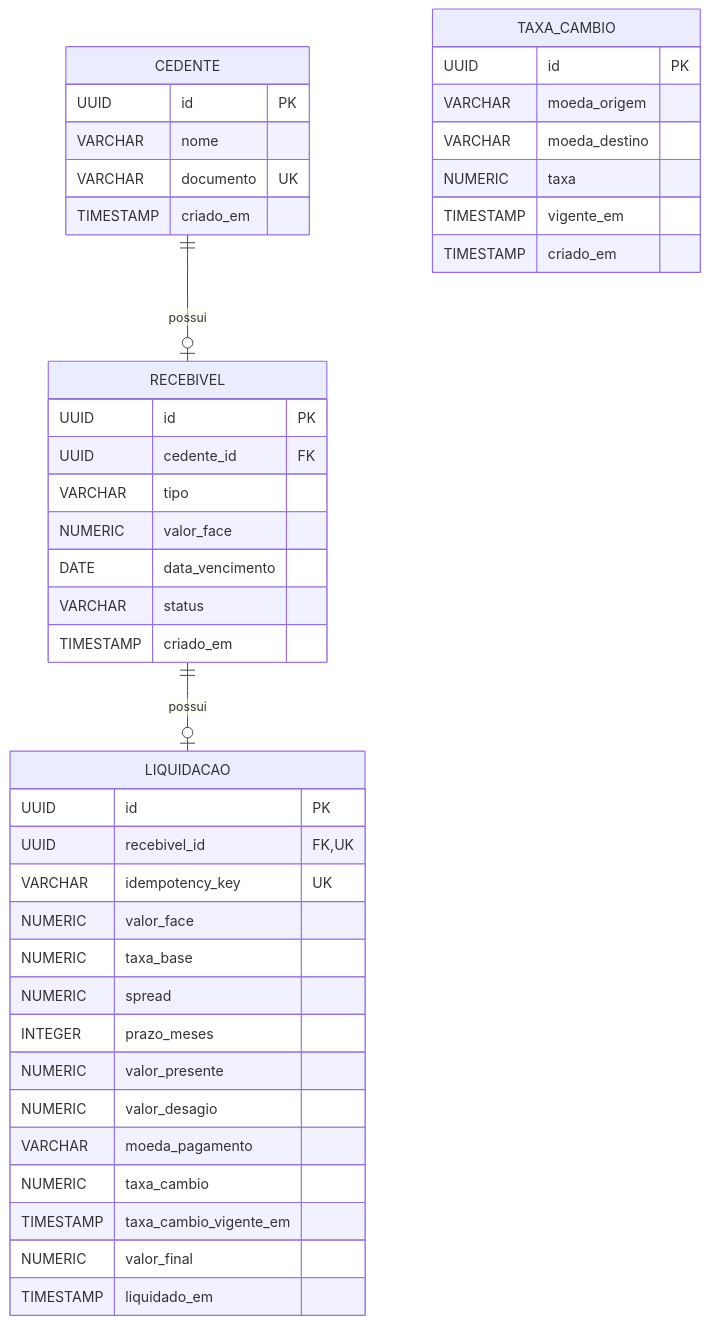
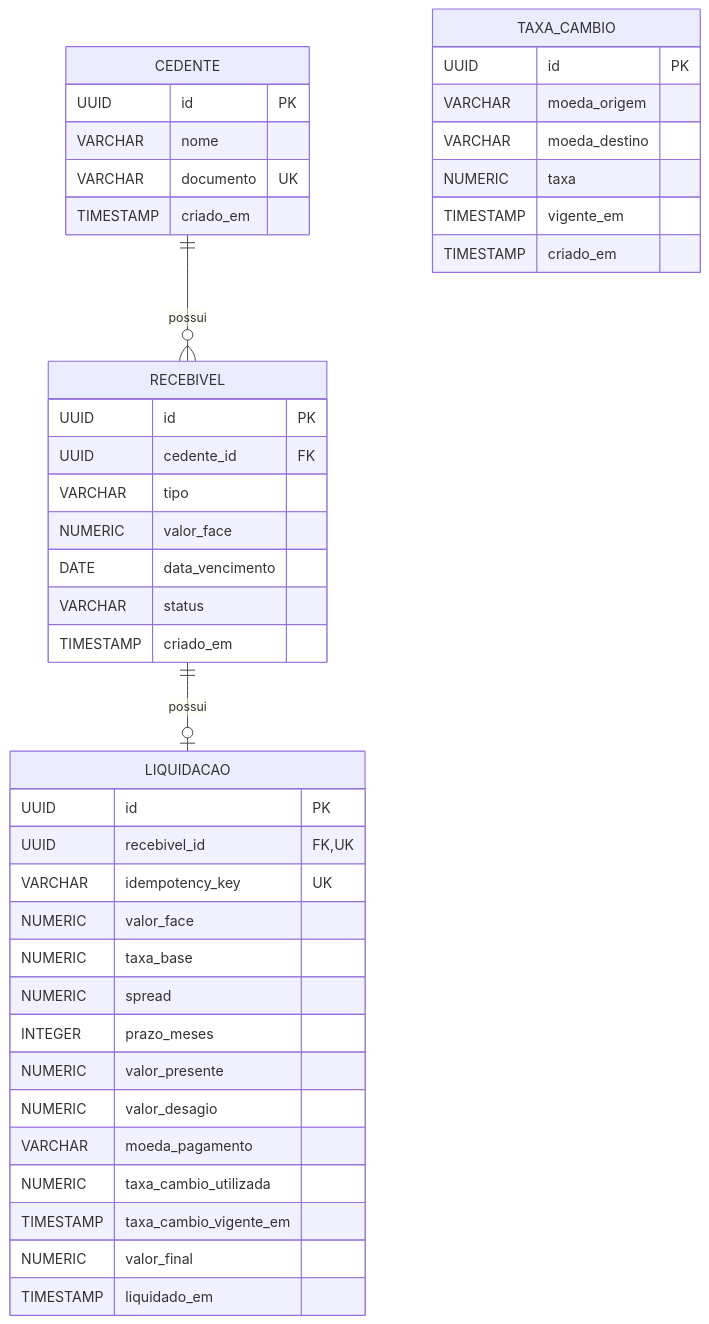
One commit to Gustavo-TS/DesafioTecnico-SRM changed the diagram in README.md. Above: the diagram before and after it, drawn with Mermaid. The commit also changed other lines of this file and 2 other files, not shown here.

````diff
--- a/README.md
+++ b/README.md
@@ -68,48 +76,48 @@
 ```mermaid
 erDiagram
-    CEDENTE   ||--o| RECEBIVEL  : possui
+    CEDENTE ||--o{ RECEBIVEL : possui
     RECEBIVEL ||--o| LIQUIDACAO : possui
 
     CEDENTE {
         UUID id PK
         VARCHAR nome
         VARCHAR documento UK
         TIMESTAMP criado_em
     }
 
     RECEBIVEL {
         UUID id PK
         UUID cedente_id FK
         VARCHAR tipo
         NUMERIC valor_face
         DATE data_vencimento
         VARCHAR status
         TIMESTAMP criado_em
     }
 
     TAXA_CAMBIO {
         UUID id PK
         VARCHAR moeda_origem
         VARCHAR moeda_destino
         NUMERIC taxa
         TIMESTAMP vigente_em
         TIMESTAMP criado_em
     }
 
     LIQUIDACAO {
         UUID id PK
         UUID recebivel_id FK,UK
         VARCHAR idempotency_key UK
         NUMERIC valor_face
         NUMERIC taxa_base
         NUMERIC spread
         INTEGER prazo_meses
         NUMERIC valor_presente
         NUMERIC valor_desagio
         VARCHAR moeda_pagamento
-        NUMERIC taxa_cambio
+        NUMERIC taxa_cambio_utilizada
         TIMESTAMP taxa_cambio_vigente_em
         NUMERIC valor_final
         TIMESTAMP liquidado_em
     }
 ```
````
